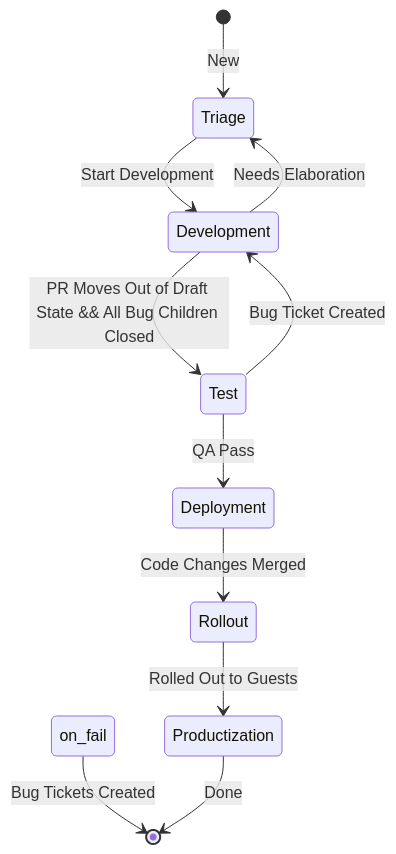
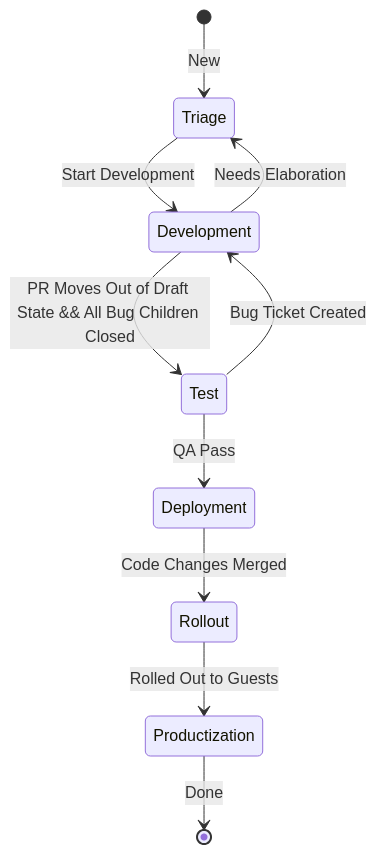
One commit to NyanHelsing/nyanhelsing.github.io changed the diagram in workflow.md. Above: the diagram before and after it, drawn with Mermaid.

````diff
--- a/workflow.md
+++ b/workflow.md
@@ -9,14 +9,13 @@
 ```mermaid
 stateDiagram-v2
     [*] --> Triage: New
     Triage --> Development: Start Development
     Development --> Triage: Needs Elaboration
     Development --> Test: PR Moves Out of Draft State && All Bug Children Closed
     Test --> Development: Bug Ticket Created
-    on_fail --> [*]: Bug Tickets Created
     Test --> Deployment: QA Pass
     Deployment --> Rollout: Code Changes Merged
     Rollout --> Productization: Rolled Out to Guests
     Productization --> [*]: Done
     
 ```
````
